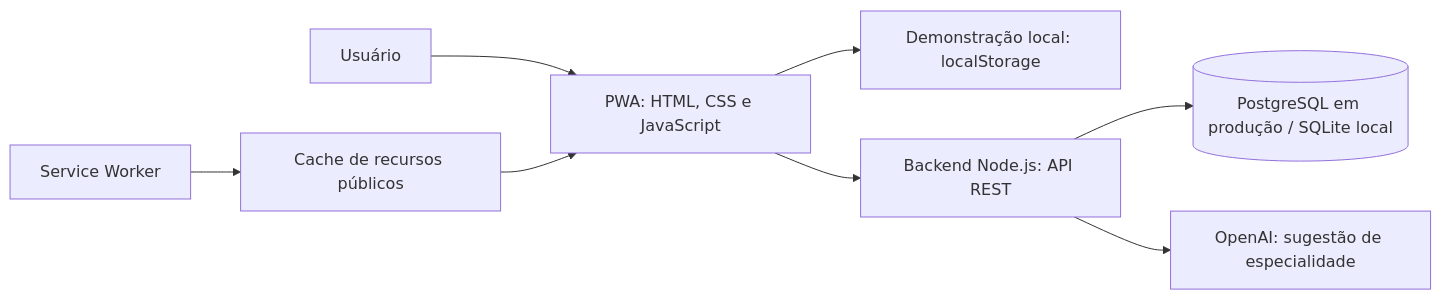
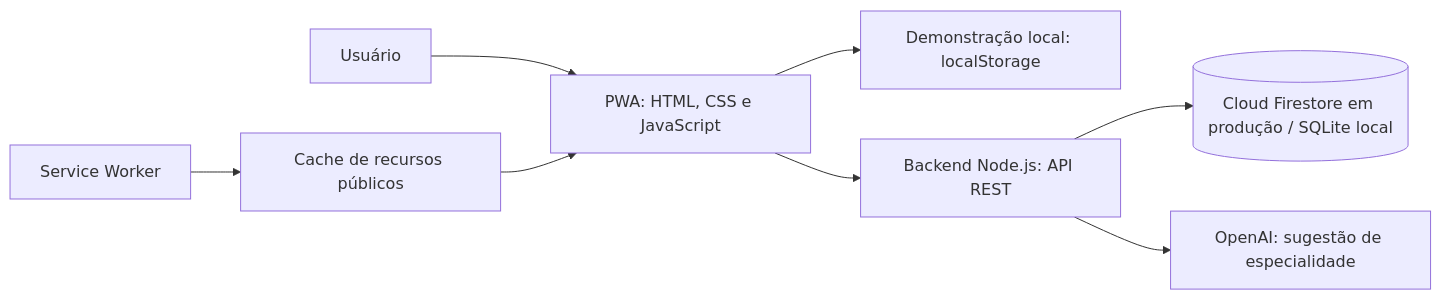
One commit to eusettee/agendae-pwa changed the first of 2 diagrams in README.md. Above: the diagram before and after it, drawn with Mermaid. The commit also changed other lines of this file and 19 other files, not shown here.

Commit message:
feat: integra Cloud Firestore com reservas transacionais e documentacao

````diff
--- a/README.md
+++ b/README.md
@@ -107,10 +108,10 @@
 ```mermaid
 flowchart LR
     U[Usuário] --> P[PWA: HTML, CSS e JavaScript]
     P --> D[Demonstração local: localStorage]
     P --> A[Backend Node.js: API REST]
-    A --> B[(PostgreSQL em produção / SQLite local)]
+    A --> B[(Cloud Firestore em produção / SQLite local)]
     A --> I[OpenAI: sugestão de especialidade]
     S[Service Worker] --> C[Cache de recursos públicos]
     C --> P
 ```
````
